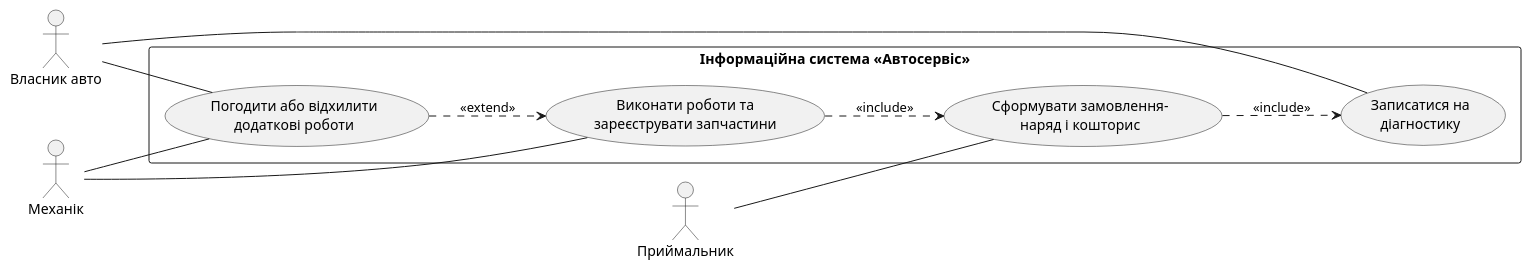
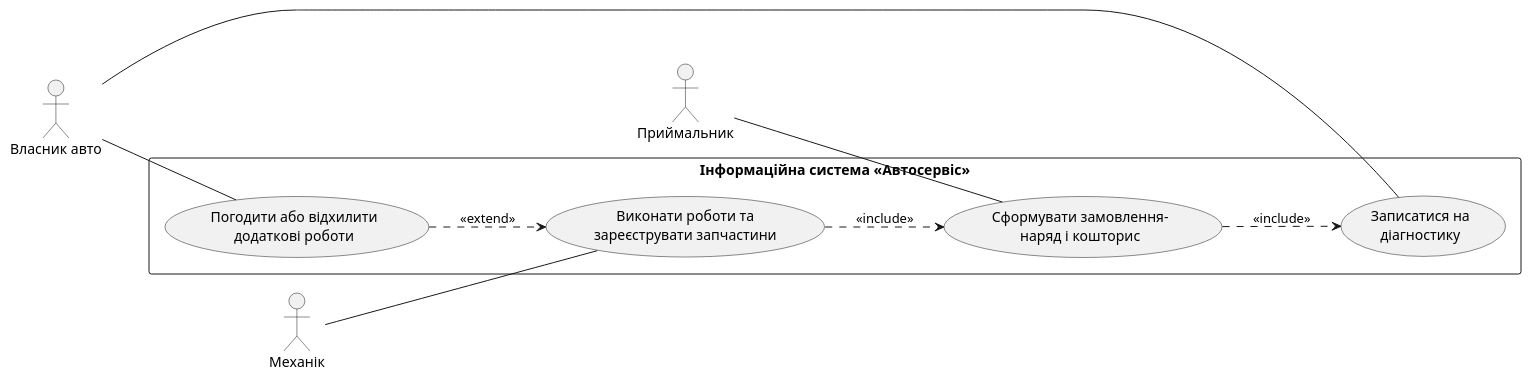
Before and after one commit to Brykun/autoservice: the diagram in docs/usecase.puml, drawn with PlantUML. The commit also changed 3 other files, not shown here.

Commit message:
fix: resolve UML convergence issues

```diff
--- a/docs/usecase.puml
+++ b/docs/usecase.puml
@@ -1,25 +1,24 @@
 @startuml
 left to right direction
 skinparam packageStyle rectangle
 
 actor "Власник авто" as Owner
 actor "Приймальник" as Receptionist
 actor "Механік" as Mechanic
 
 rectangle "Інформаційна система «Автосервіс»" {
   usecase "Записатися на\nдіагностику" as UC_Appointment
   usecase "Сформувати замовлення-\nнаряд і кошторис" as UC_WorkOrder
   usecase "Виконати роботи та\nзареєструвати запчастини" as UC_Repair
   usecase "Погодити або відхилити\nдодаткові роботи" as UC_Approval
 }
 
 Owner -- UC_Appointment
 Receptionist -- UC_WorkOrder
 Mechanic -- UC_Repair
 Owner -- UC_Approval
-Mechanic -- UC_Approval
 
 UC_WorkOrder ..> UC_Appointment : <<include>>
 UC_Repair ..> UC_WorkOrder : <<include>>
 UC_Approval ..> UC_Repair : <<extend>>
 @enduml
```
